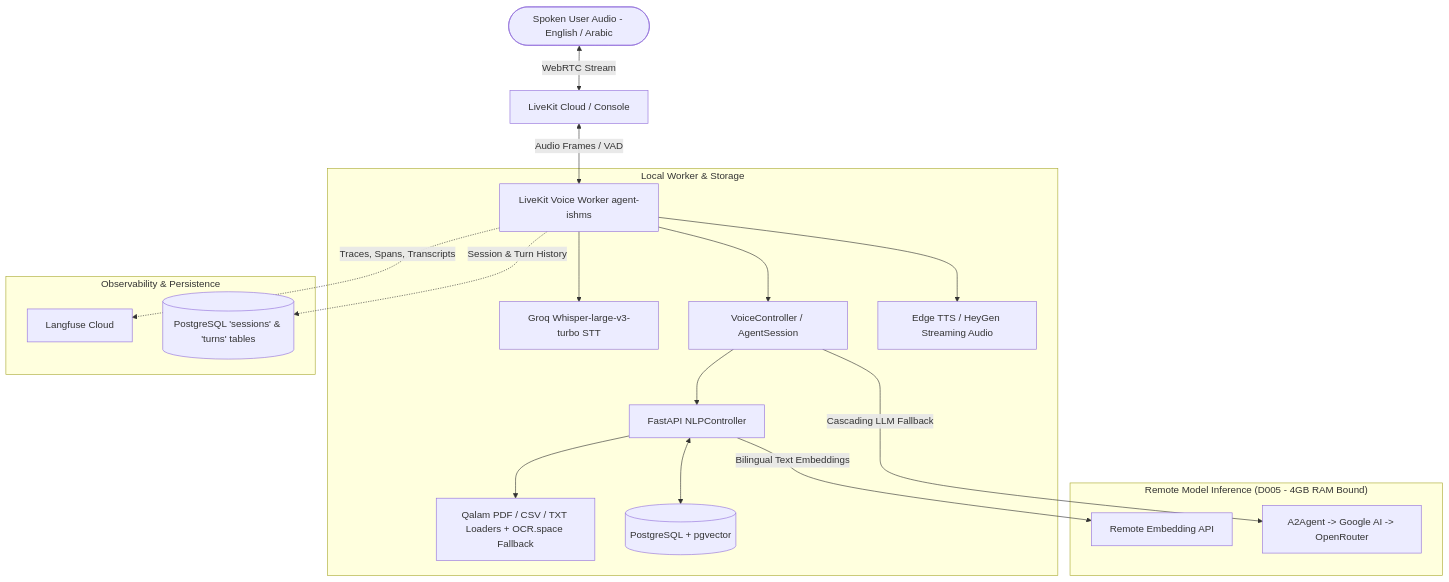
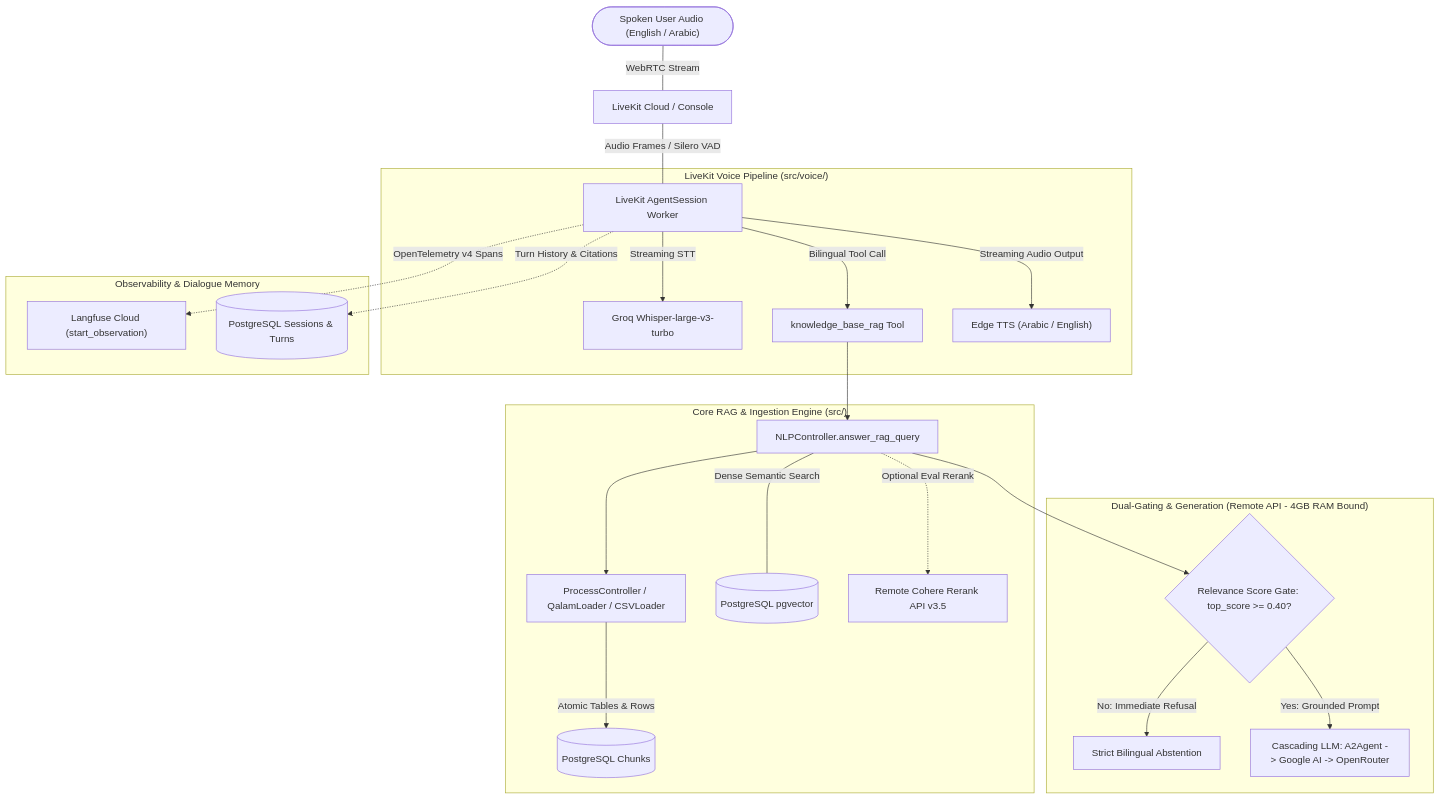
The diagram in README.md (YACIINE105/agent-ishms), drawn with Mermaid before and after one commit. The commit also changed other lines of this file and 19 other files, not shown here.

Commit message:
feat: bilingual voice rag assistant with table-preserving chunking, dual-gated abstention, remote cohere reranking, and 40-question benchmark

````diff
--- a/README.md
+++ b/README.md
@@ -9,24 +8,30 @@
 ```mermaid
 flowchart TD
-    User([Spoken User Audio - English / Arabic]) <-->|WebRTC Stream| LK[LiveKit Cloud / Console]
-    LK <-->|Audio Frames / VAD| VW[LiveKit Voice Worker agent-ishms]
+    User(["Spoken User Audio (English / Arabic)"]) ---|WebRTC Stream| LK["LiveKit Cloud / Console"]
+    LK ---|Audio Frames / Silero VAD| Agent["LiveKit AgentSession Worker"]
     
-    subgraph "Local Worker & Storage"
-        VW --> STT[Groq Whisper-large-v3-turbo STT]
-        VW --> VoiceCtrl[VoiceController / AgentSession]
-        VoiceCtrl --> NLPCtrl[FastAPI NLPController]
-        NLPCtrl --> Ingestion[Qalam PDF / CSV / TXT Loaders + OCR.space Fallback]
-        NLPCtrl <--> PG[(PostgreSQL + pgvector)]
-        VW --> TTS[Edge TTS / HeyGen Streaming Audio]
+    subgraph Pipeline ["LiveKit Voice Pipeline (src/voice/)"]
+        Agent -->|Streaming STT| STT["Groq Whisper-large-v3-turbo"]
+        Agent -->|Bilingual Tool Call| RAGTool["knowledge_base_rag Tool"]
+        Agent -->|Streaming Audio Output| TTS["Edge TTS (Arabic / English)"]
     end
 
-    subgraph "Remote Model Inference (D005 - 4GB RAM Bound)"
-        NLPCtrl -->|Bilingual Text Embeddings| EmbAPI[Remote Embedding API]
-        VoiceCtrl -->|Cascading LLM Fallback| Fallback[A2Agent -> Google AI -> OpenRouter]
+    subgraph CoreEngine ["Core RAG & Ingestion Engine (src/)"]
+        RAGTool --> NLPCtrl["NLPController.answer_rag_query"]
+        NLPCtrl --> Ingestion["ProcessController / QalamLoader / CSVLoader"]
+        Ingestion -->|Atomic Tables & Rows| Chunks[("PostgreSQL Chunks")]
+        NLPCtrl ---|Dense Semantic Search| VectorStore[("PostgreSQL pgvector")]
+        NLPCtrl -.->|Optional Eval Rerank| CohereRerank["Remote Cohere Rerank API v3.5"]
     end
 
-    subgraph "Observability & Persistence"
-        VW -.->|Traces, Spans, Transcripts| LF[Langfuse Cloud]
-        VW -.->|Session & Turn History| PGTables[(PostgreSQL 'sessions' & 'turns' tables)]
+    subgraph DualGate ["Dual-Gating & Generation (Remote API - 4GB RAM Bound)"]
+        NLPCtrl --> Gate{"Relevance Score Gate: top_score >= 0.40?"}
+        Gate -->|No: Immediate Refusal| Refusal["Strict Bilingual Abstention"]
+        Gate -->|Yes: Grounded Prompt| LLM["Cascading LLM: A2Agent -> Google AI -> OpenRouter"]
+    end
+
+    subgraph Telemetry ["Observability & Dialogue Memory"]
+        Agent -.->|OpenTelemetry v4 Spans| LF["Langfuse Cloud (start_observation)"]
+        Agent -.->|Turn History & Citations| PGTables[("PostgreSQL Sessions & Turns")]
     end
 ```
````
